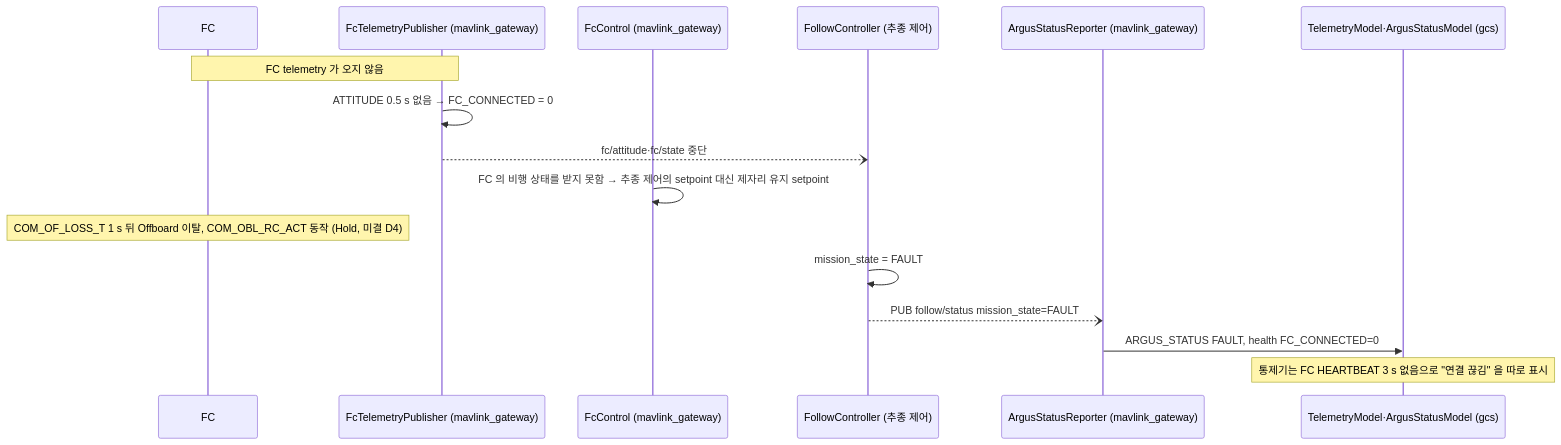
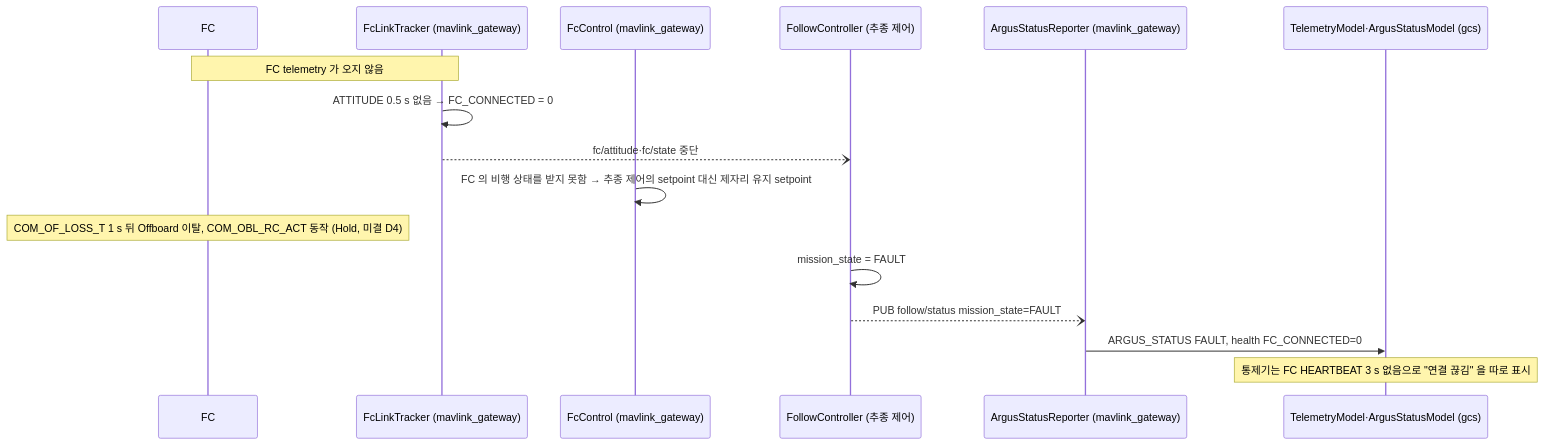
One commit to lig-argus/argus-edge-vision changed the fourth of 4 diagrams in docs/design/uml/sequence.md. Above: the diagram before and after it, drawn with Mermaid. The commit also changed other lines of this file and 18 other files, not shown here.

First line of the commit message:
feat(onboard): mavlink_gateway 실행 파일 추가 (FC 쪽 조립, FcGateway) (#96)

````diff
--- a/docs/design/uml/sequence.md
+++ b/docs/design/uml/sequence.md
@@ -122,19 +123,19 @@
 ```mermaid
 sequenceDiagram
     participant fc as FC
-    participant fct as FcTelemetryPublisher (mavlink_gateway)
+    participant fct as FcLinkTracker (mavlink_gateway)
     participant spr as FcControl (mavlink_gateway)
     participant ctl as FollowController (추종 제어)
     participant asr as ArgusStatusReporter (mavlink_gateway)
     participant gcs as TelemetryModel·ArgusStatusModel (gcs)
 
     Note over fc,fct: FC telemetry 가 오지 않음
     fct->>fct: ATTITUDE 0.5 s 없음 → FC_CONNECTED = 0
     fct--)ctl: fc/attitude·fc/state 중단
     spr->>spr: FC 의 비행 상태를 받지 못함 → 추종 제어의 setpoint 대신 제자리 유지 setpoint
     Note over fc: COM_OF_LOSS_T 1 s 뒤 Offboard 이탈, COM_OBL_RC_ACT 동작 (Hold, 미결 D4)
     ctl->>ctl: mission_state = FAULT
     ctl--)asr: PUB follow/status mission_state=FAULT
     asr->>gcs: ARGUS_STATUS FAULT, health FC_CONNECTED=0
     Note over gcs: 통제기는 FC HEARTBEAT 3 s 없음으로 "연결 끊김" 을 따로 표시
 ```
````
